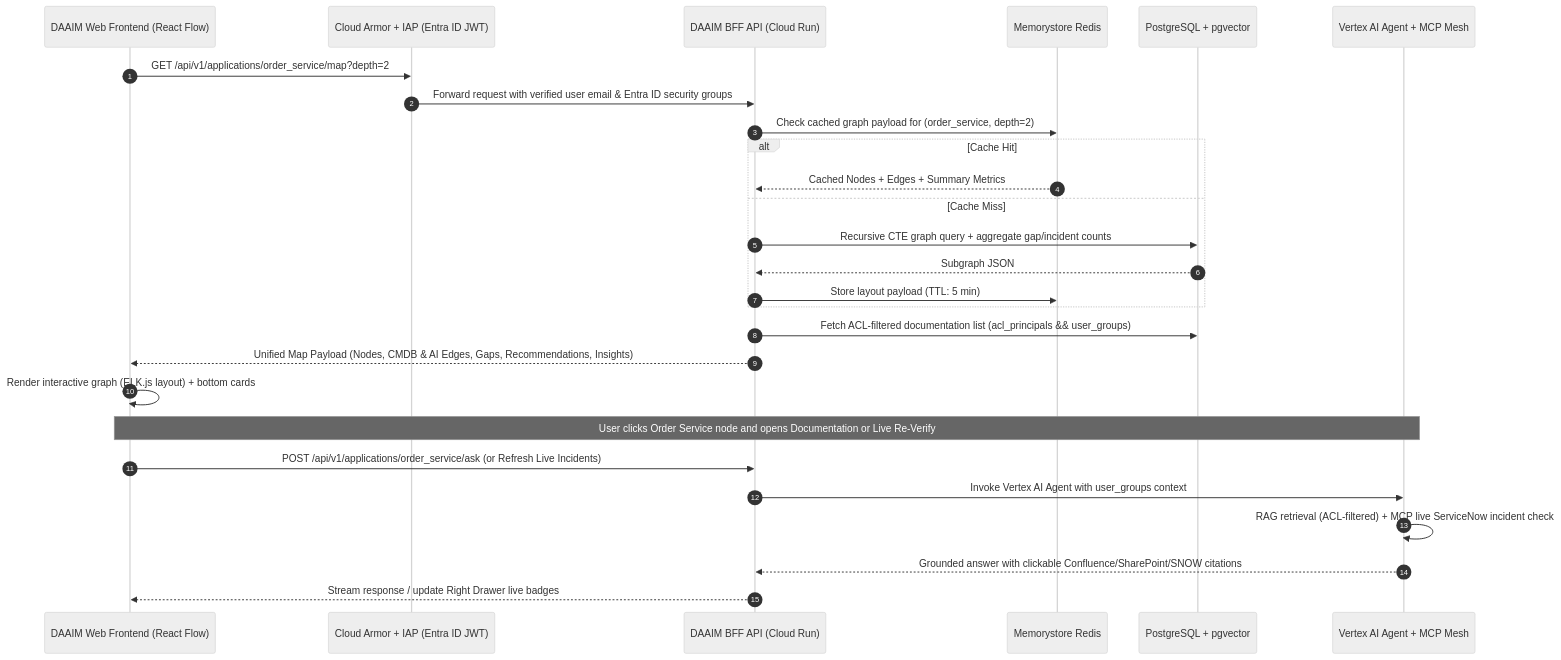
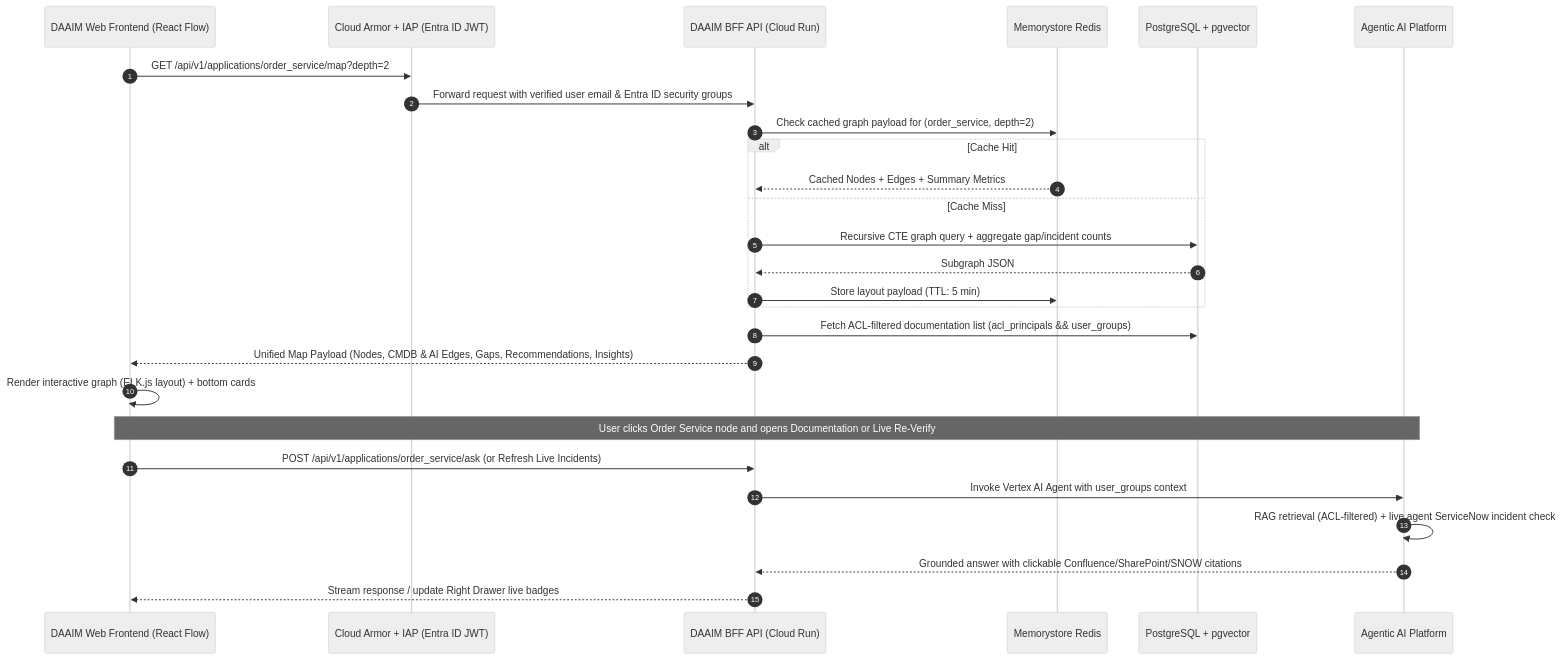
Before and after one commit to ScrappyBeard/DAAIM: the sixth of 9 diagrams in docs/daaim_architecture_design_doc.md, drawn with Mermaid (neutral theme). The commit also changed other lines of this file and 1 other file, not shown here.

````diff
--- a/docs/daaim_architecture_design_doc.md
+++ b/docs/daaim_architecture_design_doc.md
@@ -350,31 +356,31 @@
 ```mermaid
 sequenceDiagram
     autonumber
     participant UI as DAAIM Web Frontend (React Flow)
     participant IAP as Cloud Armor + IAP (Entra ID JWT)
     participant BFF as DAAIM BFF API (Cloud Run)
     participant REDIS as Memorystore Redis
     participant DB as PostgreSQL + pgvector
-    participant AGENT as Vertex AI Agent + MCP Mesh
+    participant AGENT as Agentic AI Platform
 
     UI->>IAP: GET /api/v1/applications/order_service/map?depth=2
     IAP->>BFF: Forward request with verified user email & Entra ID security groups
     BFF->>REDIS: Check cached graph payload for (order_service, depth=2)
     alt Cache Hit
         REDIS-->>BFF: Cached Nodes + Edges + Summary Metrics
     else Cache Miss
         BFF->>DB: Recursive CTE graph query + aggregate gap/incident counts
         DB-->>BFF: Subgraph JSON
         BFF->>REDIS: Store layout payload (TTL: 5 min)
     end
     BFF->>DB: Fetch ACL-filtered documentation list (acl_principals && user_groups)
     BFF-->>UI: Unified Map Payload (Nodes, CMDB & AI Edges, Gaps, Recommendations, Insights)
     UI->>UI: Render interactive graph (ELK.js layout) + bottom cards
 
     Note over UI,AGENT: User clicks Order Service node and opens Documentation or Live Re-Verify
     UI->>BFF: POST /api/v1/applications/order_service/ask (or Refresh Live Incidents)
     BFF->>AGENT: Invoke Vertex AI Agent with user_groups context
-    AGENT->>AGENT: RAG retrieval (ACL-filtered) + MCP live ServiceNow incident check
+    AGENT->>AGENT: RAG retrieval (ACL-filtered) + live agent ServiceNow incident check
     AGENT-->>BFF: Grounded answer with clickable Confluence/SharePoint/SNOW citations
     BFF-->>UI: Stream response / update Right Drawer live badges
 ```
````
